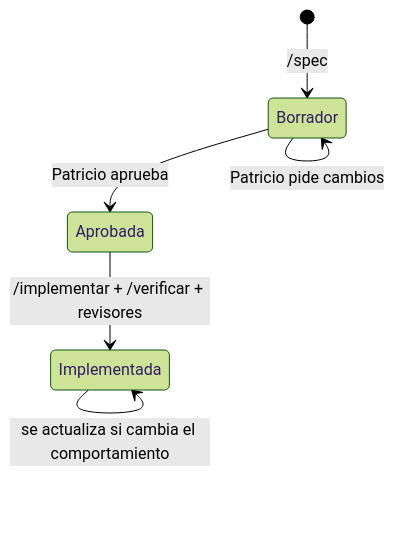
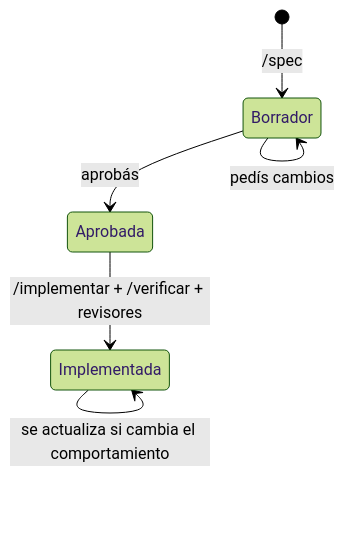
The third of 5 diagrams in docs/guia-ia/06-specs-adr-y-fuente-de-verdad.md (patricioprp/portfolio), drawn with Mermaid (forest theme) before and after one commit. The commit also changed other lines of this file and 23 other files, not shown here.

````diff
--- a/docs/guia-ia/06-specs-adr-y-fuente-de-verdad.md
+++ b/docs/guia-ia/06-specs-adr-y-fuente-de-verdad.md
@@ -37,8 +39,9 @@
 ```mermaid
 stateDiagram-v2
+    accTitle: Ciclo de vida de una spec: borrador, aprobada, implementada
     [*] --> Borrador: /spec
-    Borrador --> Borrador: Patricio pide cambios
-    Borrador --> Aprobada: Patricio aprueba
+    Borrador --> Borrador: pedís cambios
+    Borrador --> Aprobada: aprobás
     Aprobada --> Implementada: /implementar + /verificar + revisores
     Implementada --> Implementada: se actualiza si cambia el comportamiento
 ```
````
